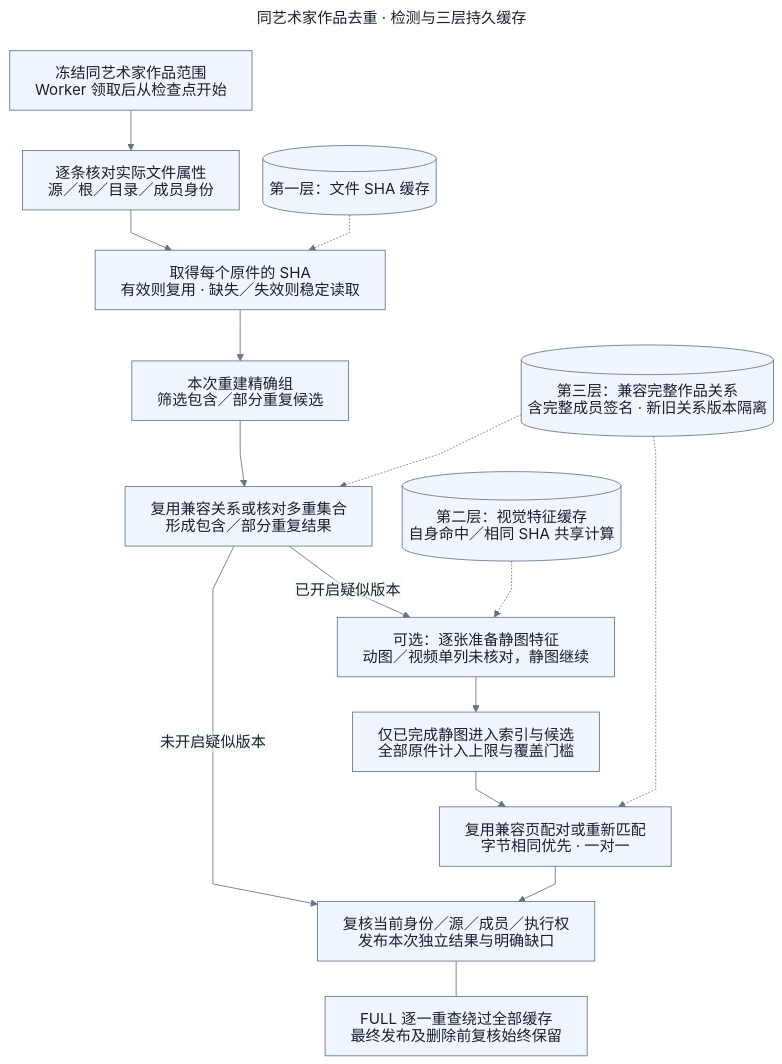
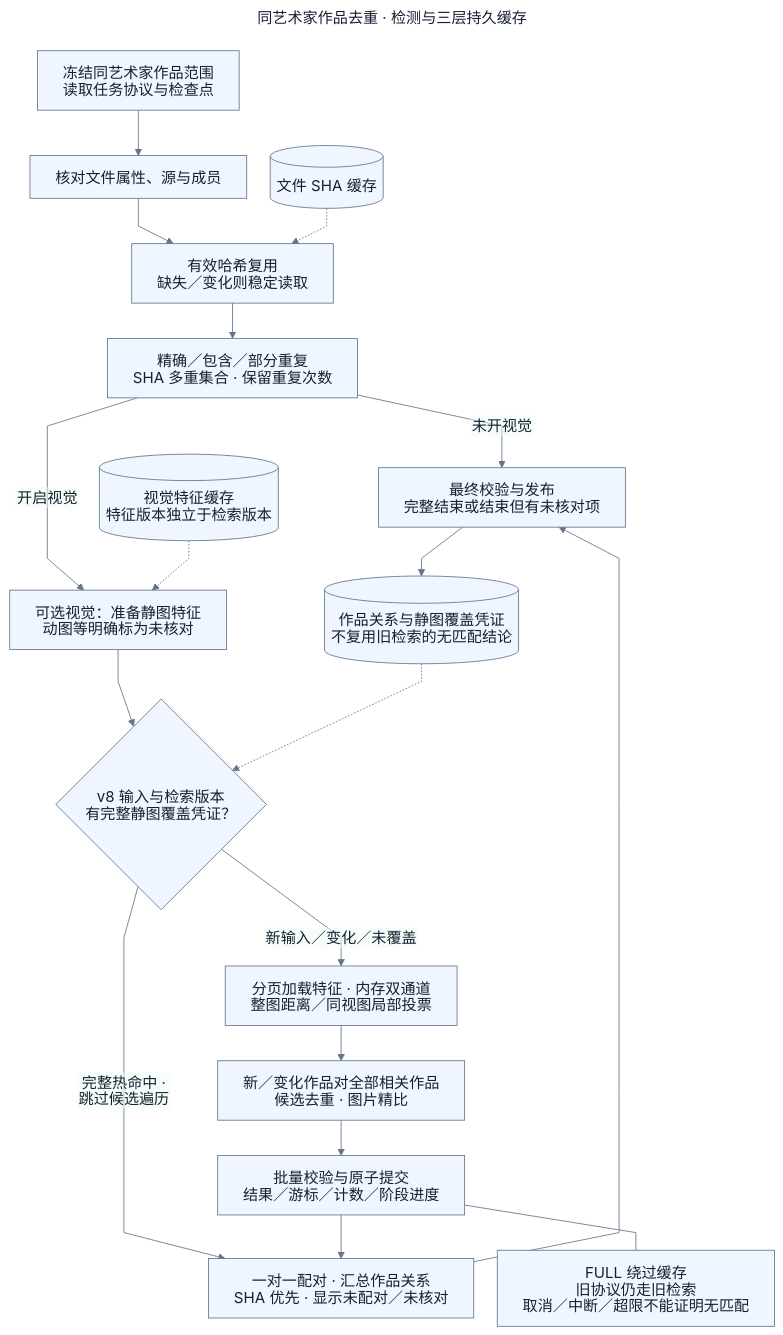
One commit to namehu/PixiShelf changed the diagram in docs/diagrams/features/artwork-deduplication/detection.mmd. Above: the diagram before and after it, drawn with Mermaid. The commit also changed 76 other files, not shown here.

```diff
--- a/docs/diagrams/features/artwork-deduplication/detection.mmd
+++ b/docs/diagrams/features/artwork-deduplication/detection.mmd
@@ -1,44 +1,48 @@
 ---
 config:
   theme: base
   htmlLabels: false
   themeVariables:
     fontFamily: 'Arial, PingFang SC, Microsoft YaHei, sans-serif'
     fontSize: 18px
     background: '#ffffff'
     primaryColor: '#eff6ff'
     primaryTextColor: '#172033'
     primaryBorderColor: '#64748b'
     lineColor: '#64748b'
     secondaryColor: '#f0fdf4'
     tertiaryColor: '#fff7ed'
   flowchart:
     htmlLabels: false
     curve: linear
     nodeSpacing: 28
     rankSpacing: 42
     wrappingWidth: 340
 title: 同艺术家作品去重 · 检测与三层持久缓存
 ---
 flowchart TB
-  D01[冻结同艺术家作品范围<br/>Worker 领取后从检查点开始]
-  D02[逐条核对实际文件属性<br/>源／根／目录／成员身份]
-  D03[(第一层：文件 SHA 缓存)]
-  D04[取得每个原件的 SHA<br/>有效则复用 · 缺失／失效则稳定读取]
-  D05[本次重建精确组<br/>筛选包含／部分重复候选]
-  D06[复用兼容关系或核对多重集合<br/>形成包含／部分重复结果]
-  D07[可选：逐张准备静图特征<br/>动图／视频单列未核对，静图继续]
-  D08[(第二层：视觉特征缓存<br/>自身命中／相同 SHA 共享计算)]
-  D09[仅已完成静图进入索引与候选<br/>全部原件计入上限与覆盖门槛]
-  D10[复用兼容页配对或重新匹配<br/>字节相同优先 · 一对一]
-  D11[(第三层：兼容完整作品关系<br/>含完整成员签名 · 新旧关系版本隔离)]
-  D12[复核当前身份／源／成员／执行权<br/>发布本次独立结果与明确缺口]
-  D01 --> D02 --> D04 --> D05 --> D06
+  D01[冻结同艺术家作品范围<br/>读取任务协议与检查点]
+  D02[核对文件属性、源与成员]
+  D03[(文件 SHA 缓存)]
+  D04[有效哈希复用<br/>缺失／变化则稳定读取]
+  D05[精确／包含／部分重复<br/>SHA 多重集合 · 保留重复次数]
+  D07[可选视觉：准备静图特征<br/>动图等明确标为未核对]
+  D08[(视觉特征缓存<br/>特征版本独立于检索版本)]
+  D09{v8 输入与检索版本<br/>有完整静图覆盖凭证？}
+  D10[分页加载特征 · 内存双通道<br/>整图距离／同视图局部投票]
+  D14[新／变化作品对全部相关作品<br/>候选去重 · 图片精比]
+  D15[批量校验与原子提交<br/>结果／游标／计数／阶段进度]
+  D16[一对一配对 · 汇总作品关系<br/>SHA 优先 · 显示未配对／未核对]
+  D11[(作品关系与静图覆盖凭证<br/>不复用旧检索的无匹配结论)]
+  D12[最终校验与发布<br/>完整结束或结束但有未核对项]
+  D01 --> D02 --> D04 --> D05
   D03 -.-> D04
-  D11 -.-> D06
-  D06 -->|未开启疑似版本| D12
-  D06 -->|已开启疑似版本| D07 --> D09 --> D10 --> D12
+  D05 -->|未开视觉| D12
+  D05 -->|开启视觉| D07 --> D09
   D08 -.-> D07
-  D11 -.-> D10
-  D13[FULL 逐一重查绕过全部缓存<br/>最终发布及删除前复核始终保留]
-  D12 --- D13
+  D11 -.-> D09
+  D09 -->|完整热命中 · 跳过候选遍历| D16
+  D09 -->|新输入／变化／未覆盖| D10 --> D14 --> D15 --> D16
+  D16 --> D12 --> D11
+  D13[FULL 绕过缓存<br/>旧协议仍走旧检索<br/>取消／中断／超限不能证明无匹配]
+  D15 --- D13
```
